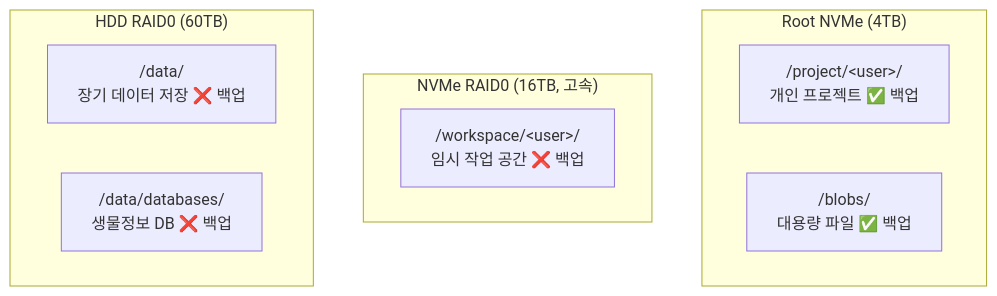
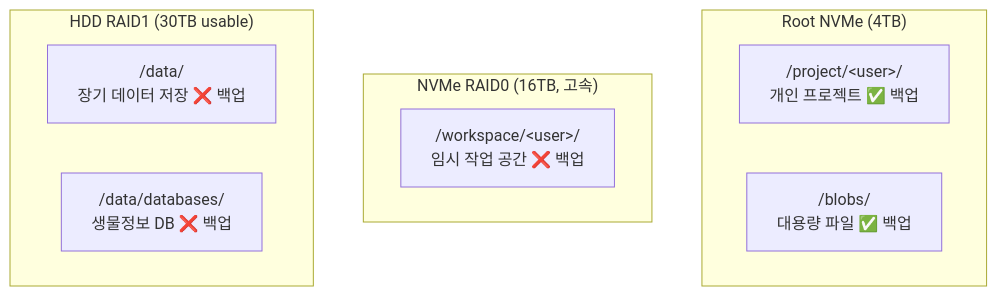
One commit to SBEE-Lab/infra changed the diagram in docs/dev/index.md. Above: the diagram before and after it, drawn with Mermaid. The commit also changed other lines of this file and 49 other files, not shown here.

````diff
--- a/docs/dev/index.md
+++ b/docs/dev/index.md
@@ -15,14 +15,14 @@
 ```mermaid
 graph TD
   subgraph root["Root NVMe (4TB)"]
     project["/project/&lt;user&gt;/<br/>개인 프로젝트 ✅ 백업"]
     blobs["/blobs/<br/>대용량 파일 ✅ 백업"]
   end
   subgraph ssd["NVMe RAID0 (16TB, 고속)"]
     workspace["/workspace/&lt;user&gt;/<br/>임시 작업 공간 ❌ 백업"]
   end
-  subgraph hdd["HDD RAID0 (60TB)"]
+  subgraph hdd["HDD RAID1 (30TB usable)"]
     data["/data/<br/>장기 데이터 저장 ❌ 백업"]
     databases["/data/databases/<br/>생물정보 DB ❌ 백업"]
   end
 ```
````
